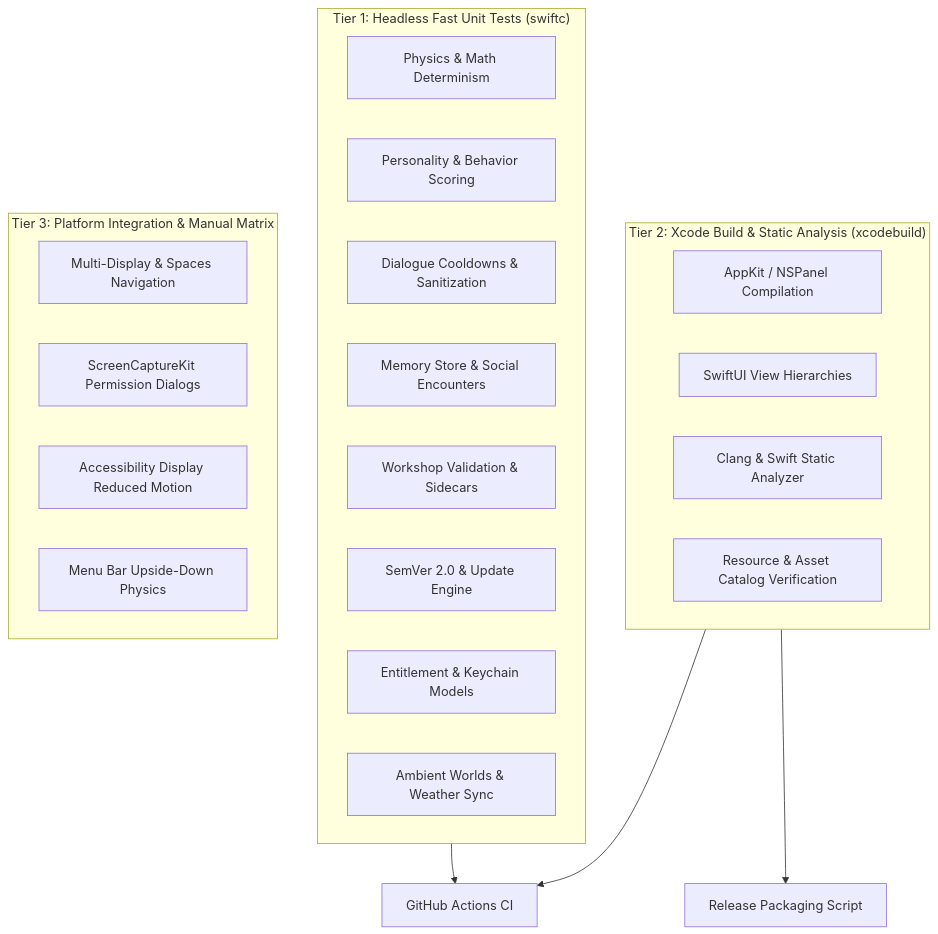
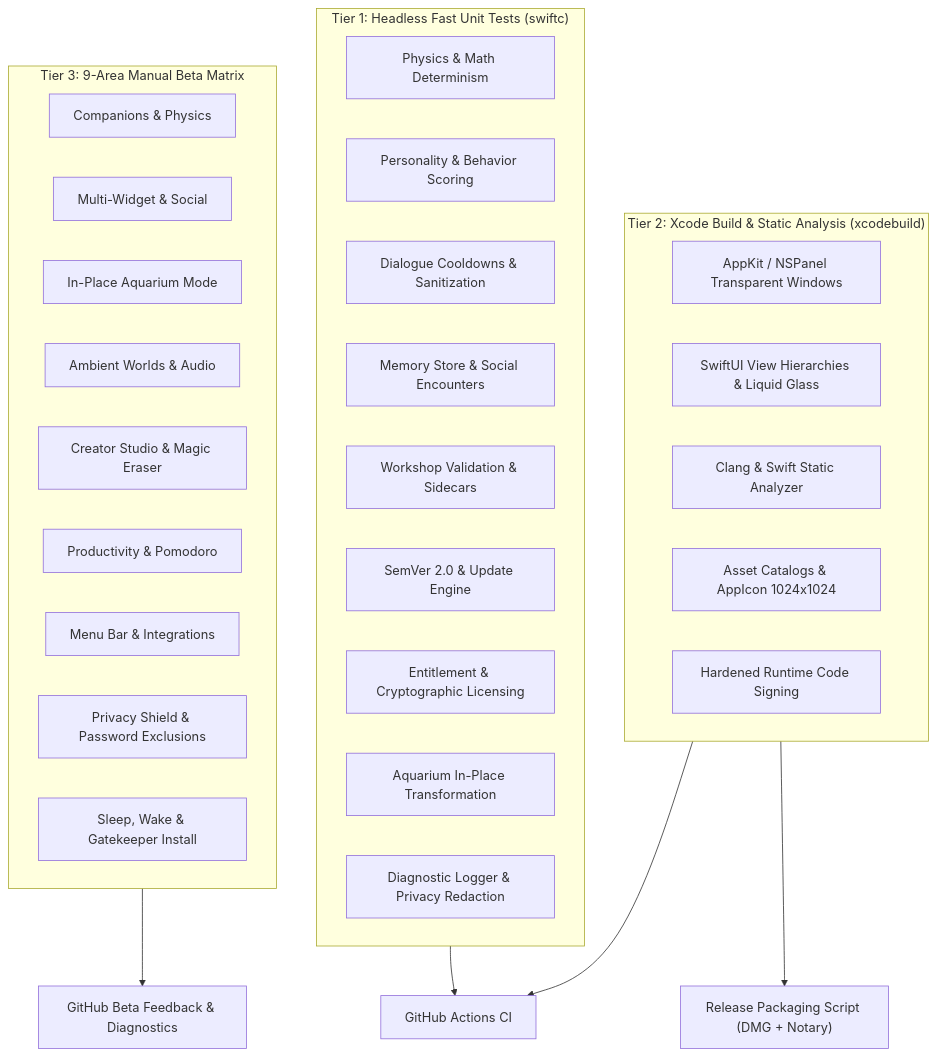
Before and after one commit to sharmao07/Animatto: the diagram in docs/TEST_PLAN.md, drawn with Mermaid. The commit also changed other lines of this file and 9 other files, not shown here.

First line of the commit message:
feat: complete Phase 8 beta testing infrastructure and validation matrix

````diff
--- a/docs/TEST_PLAN.md
+++ b/docs/TEST_PLAN.md
@@ -14,31 +14,39 @@
 ```mermaid
 flowchart TD
     subgraph L1 ["Tier 1: Headless Fast Unit Tests (swiftc)"]
         U1["Physics & Math Determinism"]
         U2["Personality & Behavior Scoring"]
         U3["Dialogue Cooldowns & Sanitization"]
         U4["Memory Store & Social Encounters"]
         U5["Workshop Validation & Sidecars"]
         U6["SemVer 2.0 & Update Engine"]
-        U7["Entitlement & Keychain Models"]
-        U8["Ambient Worlds & Weather Sync"]
+        U7["Entitlement & Cryptographic Licensing"]
+        U8["Aquarium In-Place Transformation"]
+        U9["Diagnostic Logger & Privacy Redaction"]
     end
     
     subgraph L2 ["Tier 2: Xcode Build & Static Analysis (xcodebuild)"]
-        X1["AppKit / NSPanel Compilation"]
-        X2["SwiftUI View Hierarchies"]
+        X1["AppKit / NSPanel Transparent Windows"]
+        X2["SwiftUI View Hierarchies & Liquid Glass"]
         X3["Clang & Swift Static Analyzer"]
-        X4["Resource & Asset Catalog Verification"]
+        X4["Asset Catalogs & AppIcon 1024x1024"]
+        X5["Hardened Runtime Code Signing"]
     end
     
-    subgraph L3 ["Tier 3: Platform Integration & Manual Matrix"]
-        M1["Multi-Display & Spaces Navigation"]
-        M2["ScreenCaptureKit Permission Dialogs"]
-        M3["Accessibility Display Reduced Motion"]
-        M4["Menu Bar Upside-Down Physics"]
+    subgraph L3 ["Tier 3: 9-Area Manual Beta Matrix"]
+        M1["Companions & Physics"]
+        M2["Multi-Widget & Social"]
+        M3["In-Place Aquarium Mode"]
+        M4["Ambient Worlds & Audio"]
+        M5["Creator Studio & Magic Eraser"]
+        M6["Productivity & Pomodoro"]
+        M7["Menu Bar & Integrations"]
+        M8["Privacy Shield & Password Exclusions"]
+        M9["Sleep, Wake & Gatekeeper Install"]
     end
     
     L1 --> CI["GitHub Actions CI"]
     L2 --> CI
-    L2 --> DMG["Release Packaging Script"]
+    L2 --> DMG["Release Packaging Script (DMG + Notary)"]
+    L3 --> FB["GitHub Beta Feedback & Diagnostics"]
 ```
````
